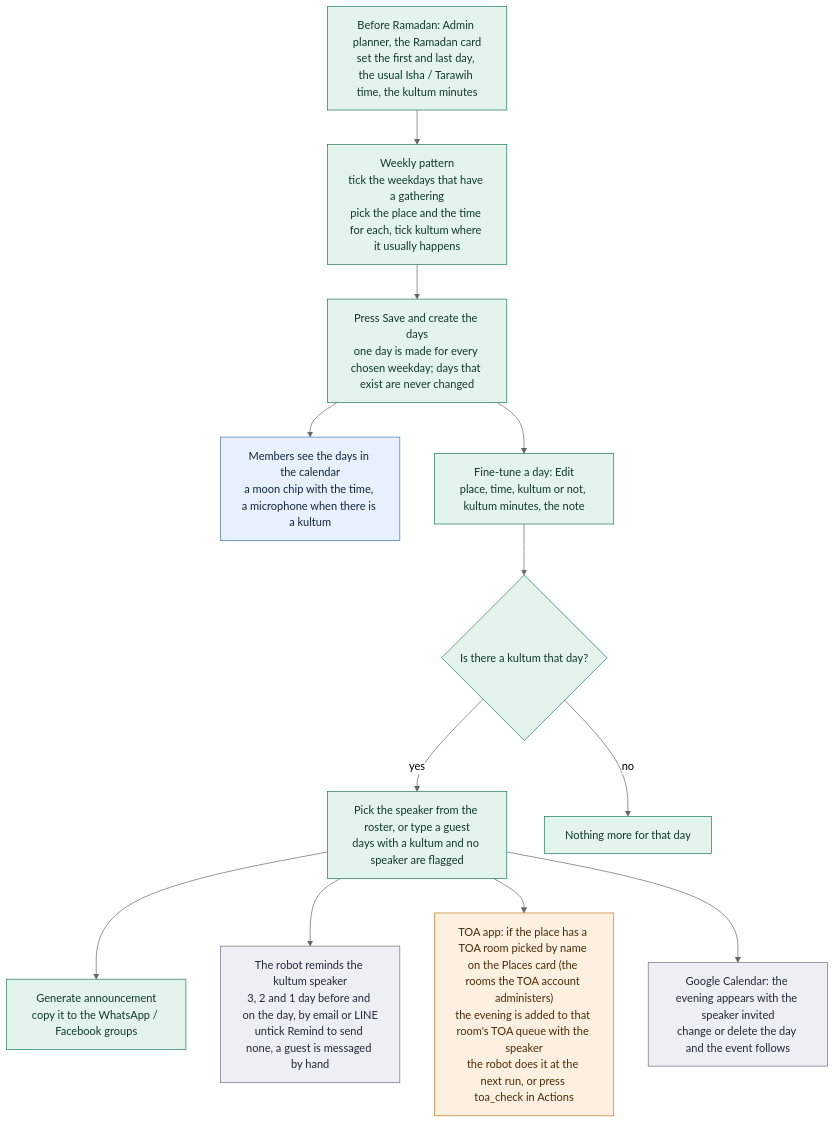
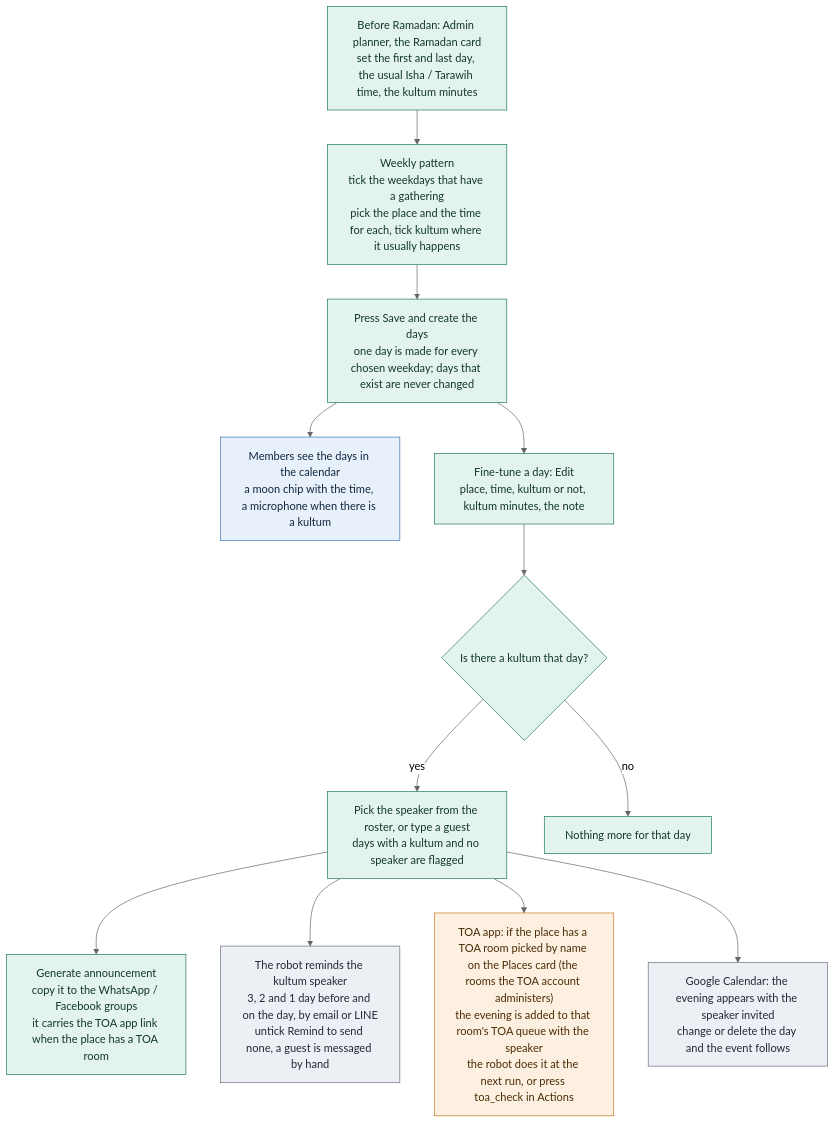
Before and after one commit to mushaffarasyidridha/Jumat-Scheduler-NAIST: the diagram in public/flows/admin-ramadan.mmd, drawn with Mermaid (neutral theme). The commit also changed 9 other files, not shown here.

First line of the commit message:
TOA app link in announcements, events and the day window; fix empty TOA room list

```diff
--- a/public/flows/admin-ramadan.mmd
+++ b/public/flows/admin-ramadan.mmd
@@ -1,21 +1,21 @@
 flowchart TD
   A["Before Ramadan: Admin planner, the Ramadan card<br/>set the first and last day, the usual Isha / Tarawih time, the kultum minutes"] --> B["Weekly pattern<br/>tick the weekdays that have a gathering<br/>pick the place and the time for each, tick kultum where it usually happens"]
   B --> C["Press Save and create the days<br/>one day is made for every chosen weekday; days that exist are never changed"]
   C --> D["Members see the days in the calendar<br/>a moon chip with the time, a microphone when there is a kultum"]
   C --> E["Fine-tune a day: Edit<br/>place, time, kultum or not, kultum minutes, the note"]
   E --> F{"Is there a kultum that day?"}
   F -->|"yes"| G["Pick the speaker from the roster, or type a guest<br/>days with a kultum and no speaker are flagged"]
   F -->|"no"| H["Nothing more for that day"]
-  G --> I["Generate announcement<br/>copy it to the WhatsApp / Facebook groups"]
+  G --> I["Generate announcement<br/>copy it to the WhatsApp / Facebook groups<br/>it carries the TOA app link when the place has a TOA room"]
   G --> J["The robot reminds the kultum speaker<br/>3, 2 and 1 day before and on the day, by email or LINE<br/>untick Remind to send none, a guest is messaged by hand"]
   G --> L["TOA app: if the place has a TOA room picked by name on the Places card (the rooms the TOA account administers)<br/>the evening is added to that room's TOA queue with the speaker<br/>the robot does it at the next run, or press toa_check in Actions"]
   G --> K["Google Calendar: the evening appears with the speaker invited<br/>change or delete the day and the event follows"]
 
   classDef member fill:#e8f1fb,stroke:#3b78b8,color:#10253d
   classDef admin fill:#e3f4ec,stroke:#1f7a5c,color:#12372a
   classDef out fill:#fdf0e1,stroke:#c77b1c,color:#4a2b05
   classDef robot fill:#eceff3,stroke:#6b7280,color:#1f2937
   class A,B,C,E,F,G,H,I admin
   class J,K robot
   class L out
   class D member
```
